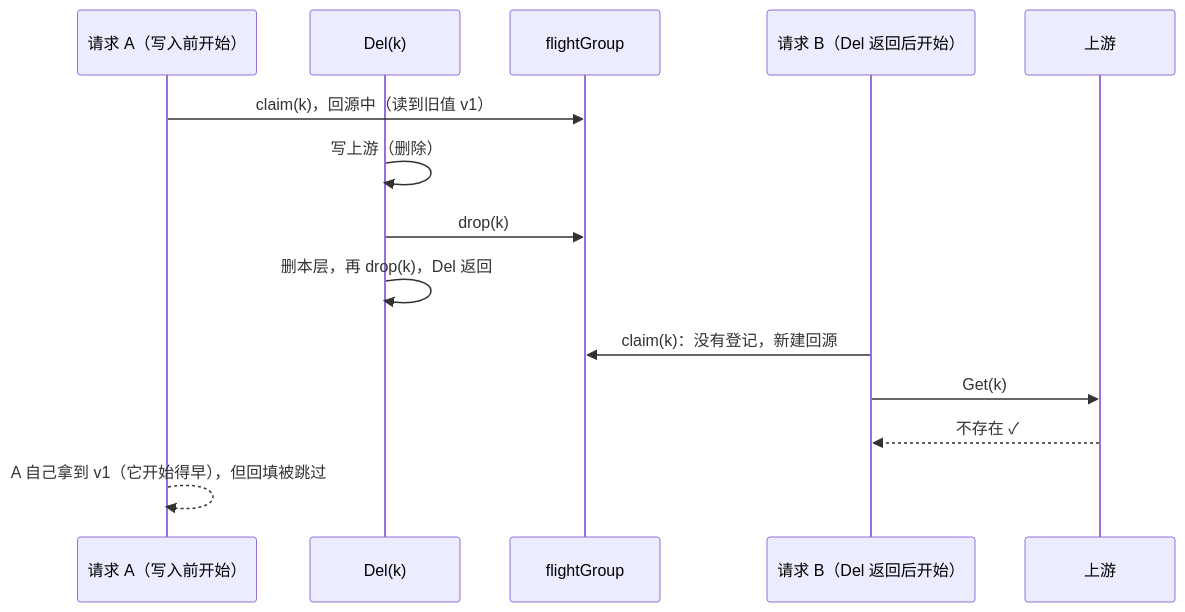
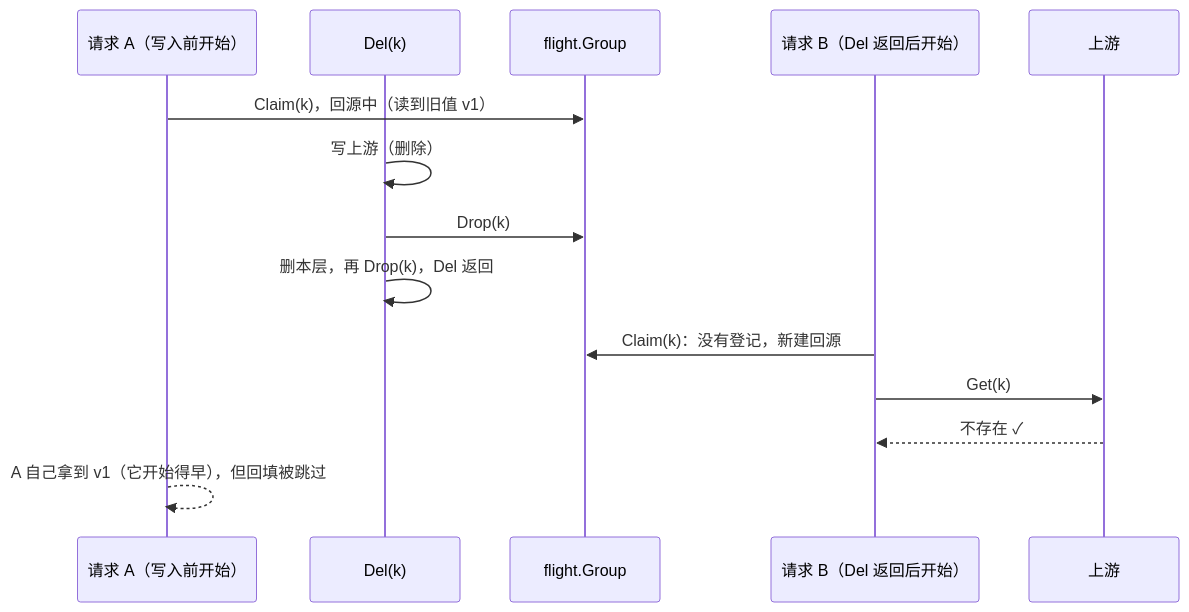
The seventh of 8 diagrams in docs/design/write-order.md (theplant/cachex), drawn with Mermaid before and after one commit. The commit also changed other lines of this file and 13 other files, not shown here.

First line of the commit message:
refactor: move the flight group and the write stripes into internal packages

````diff
--- a/docs/design/write-order.md
+++ b/docs/design/write-order.md
@@ -238,16 +244,16 @@
 ```mermaid
 sequenceDiagram
     participant A as 请求 A（写入前开始）
     participant W as Del(k)
-    participant G as flightGroup
+    participant G as flight.Group
     participant B as 请求 B（Del 返回后开始）
     participant U as 上游
-    A->>G: claim(k)，回源中（读到旧值 v1）
+    A->>G: Claim(k)，回源中（读到旧值 v1）
     W->>W: 写上游（删除）
-    W->>G: drop(k)
-    W->>W: 删本层，再 drop(k)，Del 返回
-    B->>G: claim(k)：没有登记，新建回源
+    W->>G: Drop(k)
+    W->>W: 删本层，再 Drop(k)，Del 返回
+    B->>G: Claim(k)：没有登记，新建回源
     B->>U: Get(k)
     U-->>B: 不存在 ✓
     A-->>A: A 自己拿到 v1（它开始得早），但回填被跳过
 ```
````
